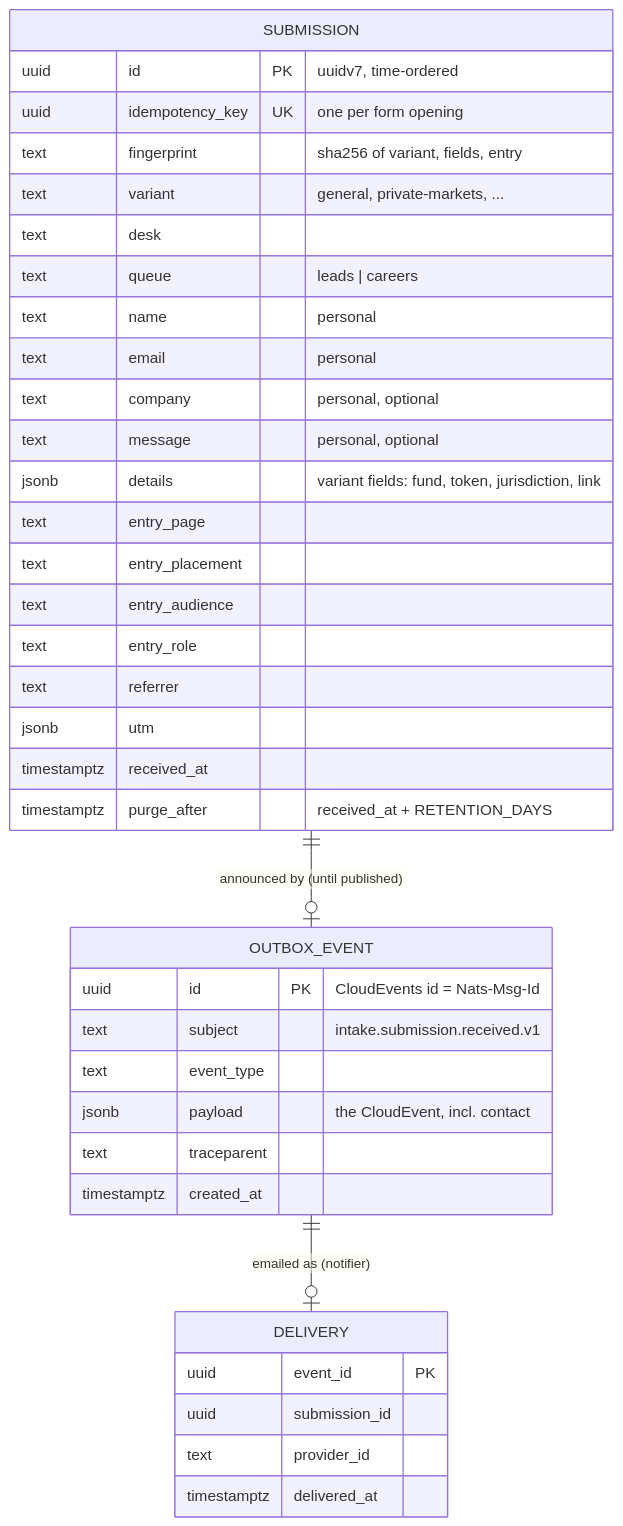
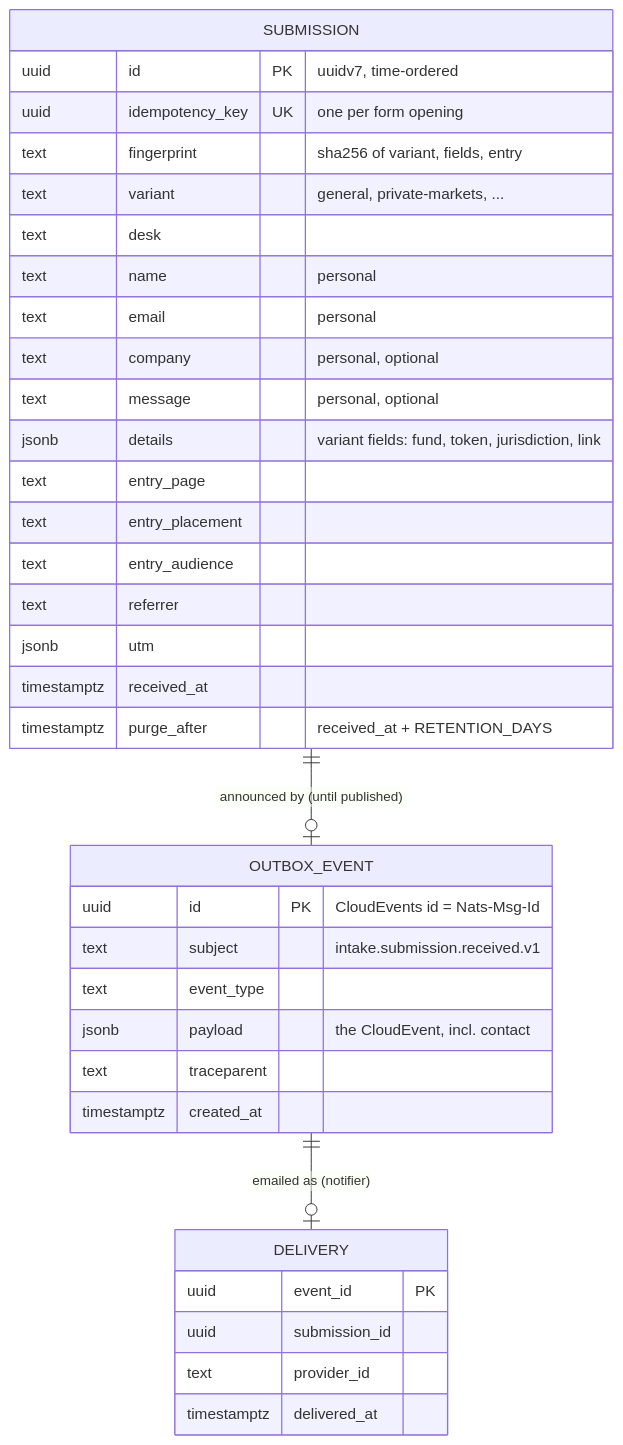
Before and after one commit to angritsay/eunice-site: the diagram in docs/analysis/data-model.md, drawn with Mermaid. The commit also changed 71 other files, not shown here.

````diff
--- a/docs/analysis/data-model.md
+++ b/docs/analysis/data-model.md
@@ -5,41 +5,39 @@
 ```mermaid
 erDiagram
   SUBMISSION ||--o| OUTBOX_EVENT : "announced by (until published)"
   OUTBOX_EVENT ||--o| DELIVERY : "emailed as (notifier)"
 
   SUBMISSION {
     uuid id PK "uuidv7, time-ordered"
     uuid idempotency_key UK "one per form opening"
     text fingerprint "sha256 of variant, fields, entry"
     text variant "general, private-markets, ..."
     text desk
-    text queue "leads | careers"
     text name "personal"
     text email "personal"
     text company "personal, optional"
     text message "personal, optional"
     jsonb details "variant fields: fund, token, jurisdiction, link"
     text entry_page
     text entry_placement
     text entry_audience
-    text entry_role
     text referrer
     jsonb utm
     timestamptz received_at
     timestamptz purge_after "received_at + RETENTION_DAYS"
   }
   OUTBOX_EVENT {
     uuid id PK "CloudEvents id = Nats-Msg-Id"
     text subject "intake.submission.received.v1"
     text event_type
     jsonb payload "the CloudEvent, incl. contact"
     text traceparent
     timestamptz created_at
   }
   DELIVERY {
     uuid event_id PK
     uuid submission_id
     text provider_id
     timestamptz delivered_at
   }
 ```
````
